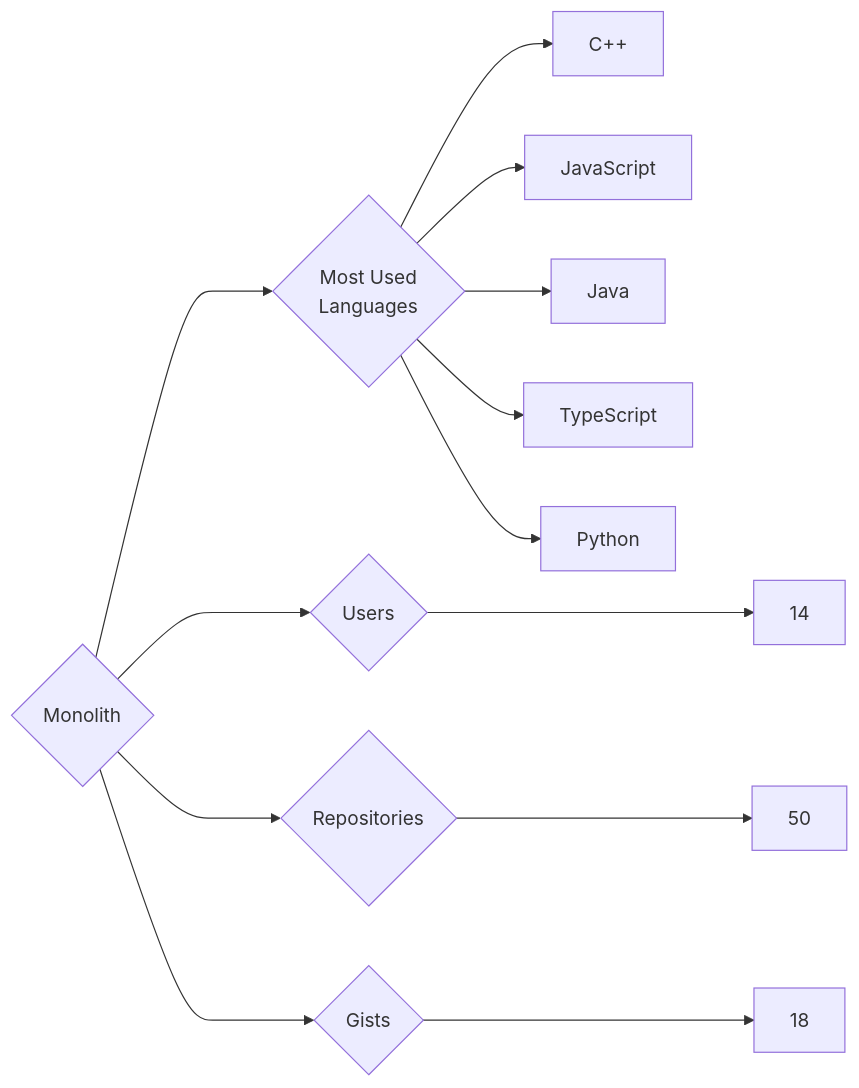
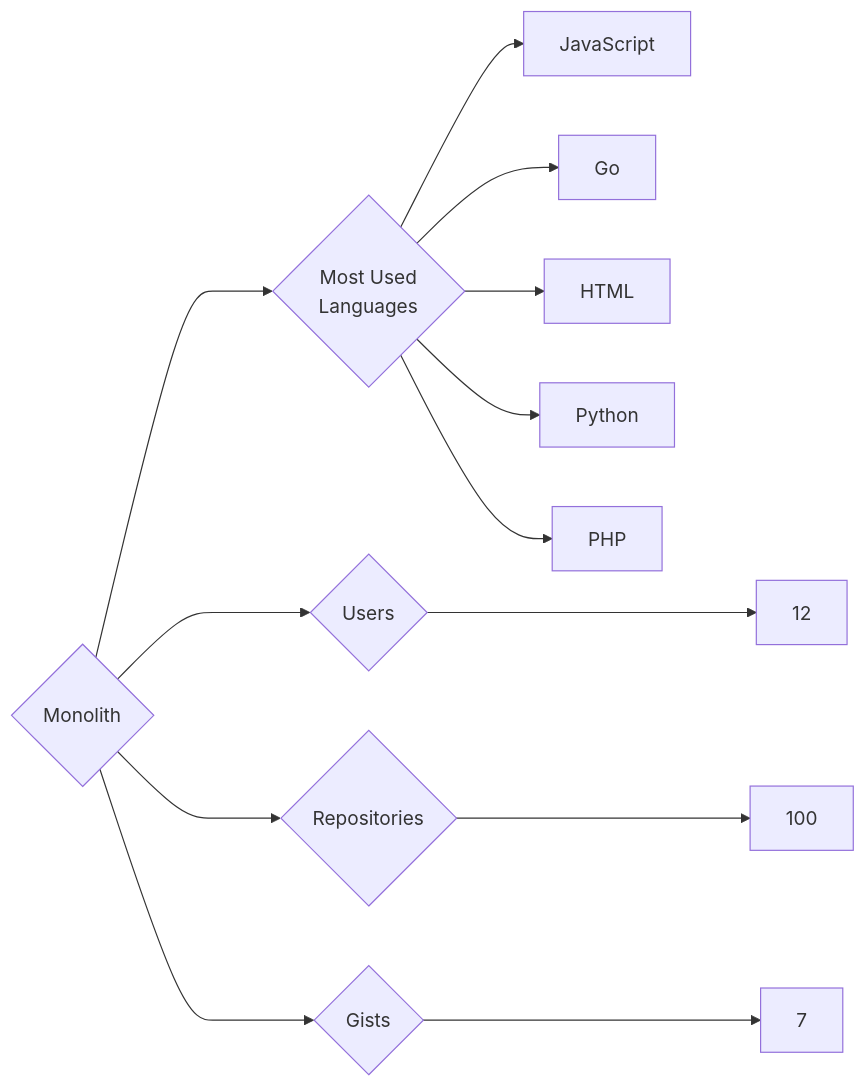
The diagram in targets/Monolith/README.md (trickest/insiders), drawn with Mermaid before and after one commit. The commit also changed 695 other files, not shown here.

````diff
--- a/targets/Monolith/README.md
+++ b/targets/Monolith/README.md
@@ -3,13 +3,13 @@
 ```mermaid
 graph LR
 COMPANY_NAME{Monolith}
-COMPANY_NAME ---> U{Users} ---> UN[14]
-COMPANY_NAME ---> R{Repositories} ---> RN[50]
-COMPANY_NAME ---> G{Gists} ---> GN[18]
+COMPANY_NAME ---> U{Users} ---> UN[12]
+COMPANY_NAME ---> R{Repositories} ---> RN[100]
+COMPANY_NAME ---> G{Gists} ---> GN[7]
 COMPANY_NAME ---> ML{Most Used<br>Languages}
-ML --> C++[C++]
 ML --> JavaScript[JavaScript]
-ML --> Java[Java]
-ML --> TypeScript[TypeScript]
+ML --> Go[Go]
+ML --> HTML[HTML]
 ML --> Python[Python]
+ML --> PHP[PHP]
 ```
````
